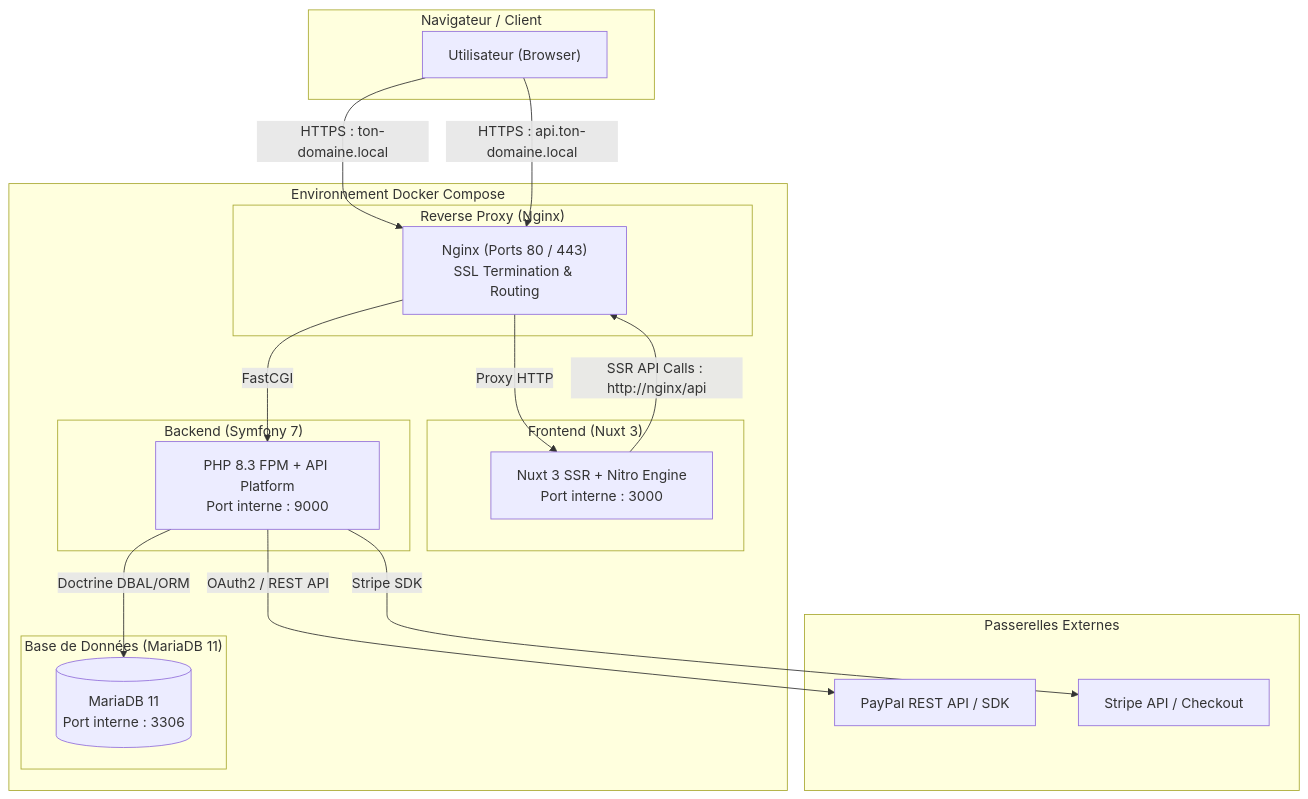
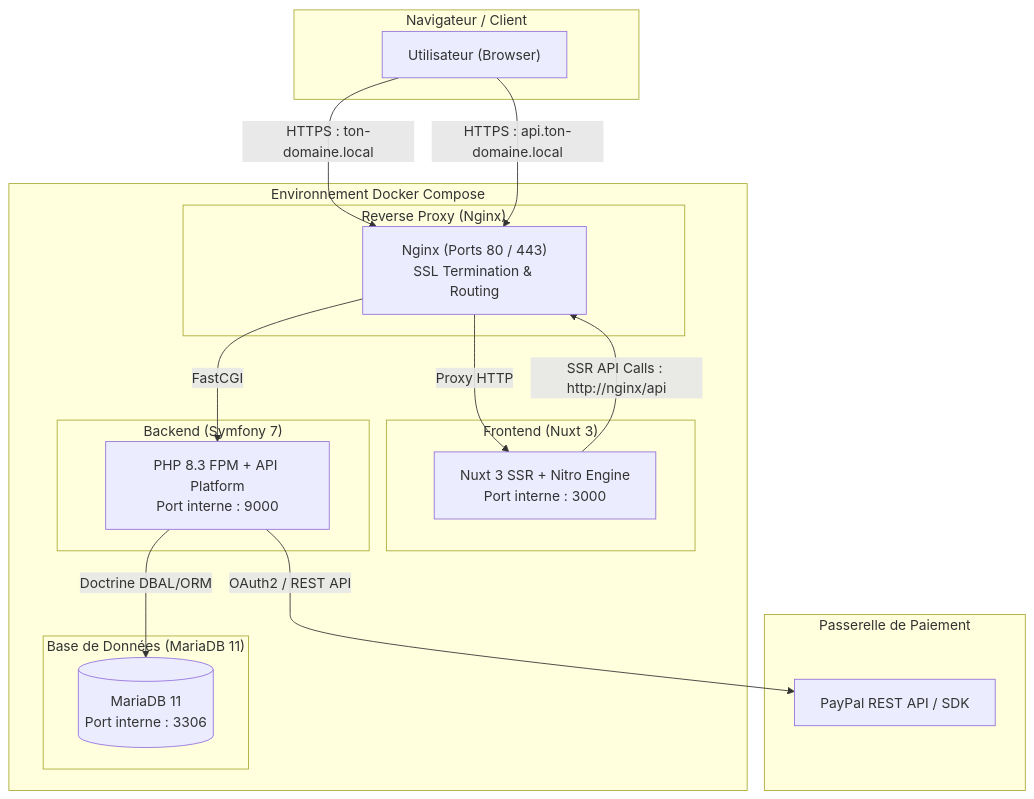
Before and after one commit to Tran-Hugo/Monorepo-Jerem: the first of 3 diagrams in README.md, drawn with Mermaid. The commit also changed other lines of this file, not shown here.

````diff
--- a/README.md
+++ b/README.md
@@ -27,40 +27,38 @@
 ```mermaid
 graph TB
     subgraph Client[" Navigateur / Client "]
         Browser["Utilisateur (Browser)"]
     end
 
     subgraph Docker[" Environnement Docker Compose "]
         subgraph Proxy[" Reverse Proxy (Nginx) "]
             Nginx["Nginx (Ports 80 / 443)<br/>SSL Termination & Routing"]
         end
 
         subgraph FrontendService[" Frontend (Nuxt 3) "]
             Nuxt["Nuxt 3 SSR + Nitro Engine<br/>Port interne : 3000"]
         end
 
         subgraph BackendService[" Backend (Symfony 7) "]
             Symfony["PHP 8.3 FPM + API Platform<br/>Port interne : 9000"]
         end
 
         subgraph DatabaseService[" Base de Données (MariaDB 11) "]
             MariaDB[("MariaDB 11<br/>Port interne : 3306")]
         end
     end
 
-    subgraph External[" Passerelles Externes "]
+    subgraph External[" Passerelle de Paiement "]
         PayPalAPI["PayPal REST API / SDK"]
-        StripeAPI["Stripe API / Checkout"]
     end
 
     Browser -->|HTTPS : ton-domaine.local| Nginx
     Browser -->|HTTPS : api.ton-domaine.local| Nginx
 
     Nginx -->|Proxy HTTP| Nuxt
     Nginx -->|FastCGI| Symfony
 
     Nuxt -->|SSR API Calls : http://nginx/api| Nginx
     Symfony -->|Doctrine DBAL/ORM| MariaDB
     Symfony -->|OAuth2 / REST API| PayPalAPI
-    Symfony -->|Stripe SDK| StripeAPI
 ```
````
